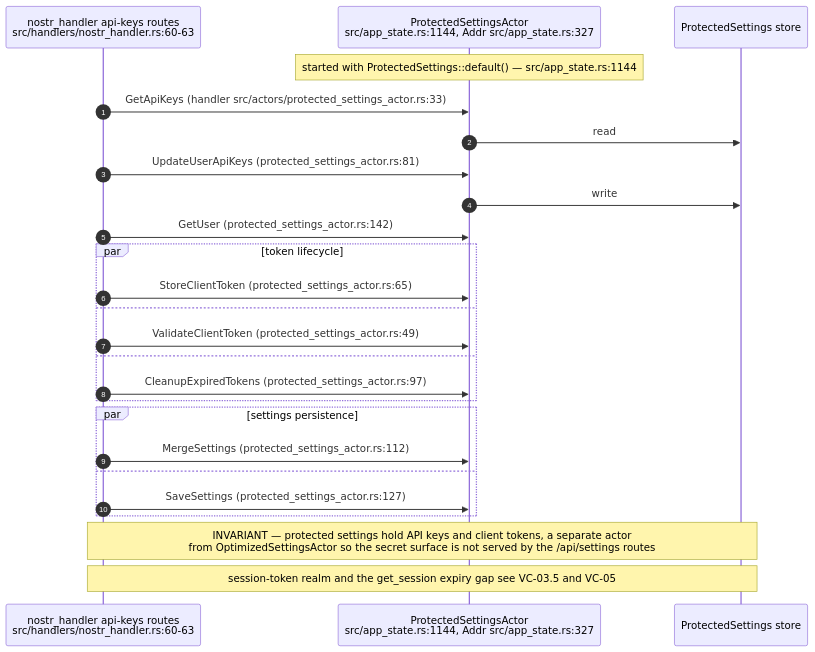
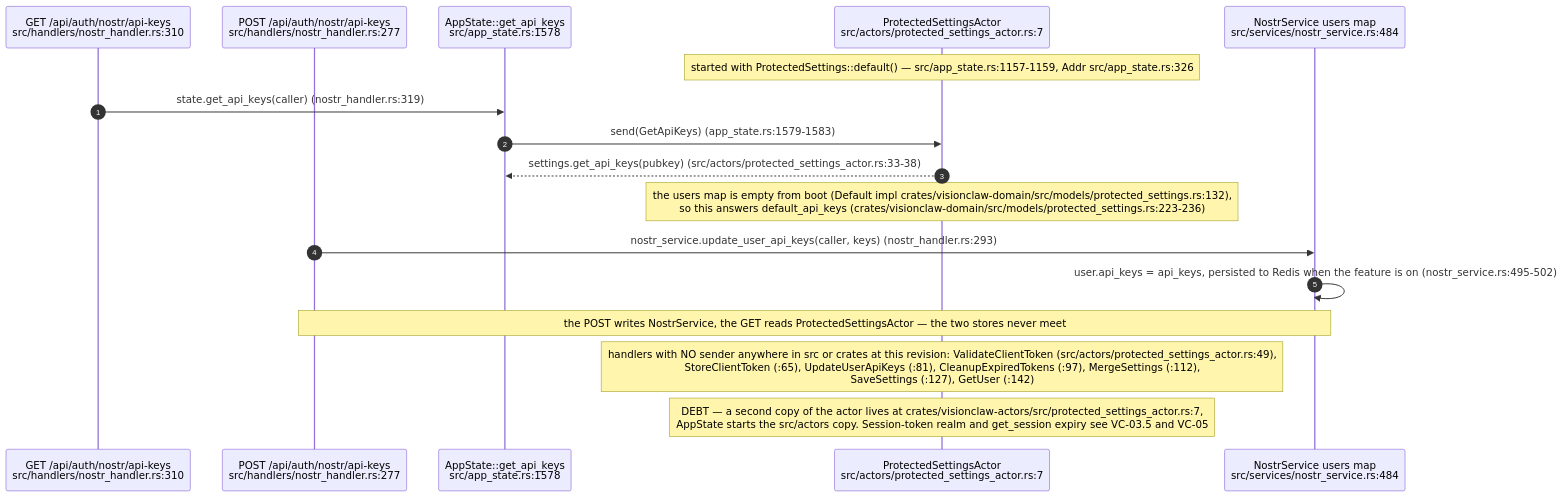
One commit to DreamLab-AI/VisionFlow changed the fifth of 8 diagrams in docs/diagrams/visionclaw/06-settings-round-trip.md. Above: the diagram before and after it, drawn with Mermaid. The commit also changed other lines of this file and 173 other files, not shown here.

````diff
--- a/docs/diagrams/visionclaw/06-settings-round-trip.md
+++ b/docs/diagrams/visionclaw/06-settings-round-trip.md
@@ -178,28 +197,20 @@
 ```mermaid
 sequenceDiagram
     autonumber
-    participant H as nostr_handler api-keys routes<br/>src/handlers/nostr_handler.rs:60-63
-    participant PS as ProtectedSettingsActor<br/>src/app_state.rs:1144, Addr src/app_state.rs:327
-    participant ST as ProtectedSettings store
+    participant HG as GET /api/auth/nostr/api-keys<br/>src/handlers/nostr_handler.rs:310
+    participant HP as POST /api/auth/nostr/api-keys<br/>src/handlers/nostr_handler.rs:277
+    participant AS as AppState::get_api_keys<br/>src/app_state.rs:1578
+    participant PS as ProtectedSettingsActor<br/>src/actors/protected_settings_actor.rs:7
+    participant NS as NostrService users map<br/>src/services/nostr_service.rs:484
 
-    Note over PS: started with ProtectedSettings::default() — src/app_state.rs:1144
-    H->>PS: GetApiKeys (handler src/actors/protected_settings_actor.rs:33)
-    PS->>ST: read
-    H->>PS: UpdateUserApiKeys (protected_settings_actor.rs:81)
-    PS->>ST: write
-    H->>PS: GetUser (protected_settings_actor.rs:142)
-    par token lifecycle
-        H->>PS: StoreClientToken (protected_settings_actor.rs:65)
-    and
-        H->>PS: ValidateClientToken (protected_settings_actor.rs:49)
-    and
-        H->>PS: CleanupExpiredTokens (protected_settings_actor.rs:97)
-    end
-    par settings persistence
-        H->>PS: MergeSettings (protected_settings_actor.rs:112)
-    and
-        H->>PS: SaveSettings (protected_settings_actor.rs:127)
-    end
-    Note over H,ST: INVARIANT — protected settings hold API keys and client tokens, a separate actor<br/>from OptimizedSettingsActor so the secret surface is not served by the /api/settings routes
-    Note over H,ST: session-token realm and the get_session expiry gap see VC-03.5 and VC-05
+    Note over PS: started with ProtectedSettings::default() — src/app_state.rs:1157-1159, Addr src/app_state.rs:326
+    HG->>AS: state.get_api_keys(caller) (nostr_handler.rs:319)
+    AS->>PS: send(GetApiKeys) (app_state.rs:1579-1583)
+    PS-->>AS: settings.get_api_keys(pubkey) (src/actors/protected_settings_actor.rs:33-38)
+    Note over PS: the users map is empty from boot (Default impl crates/visionclaw-domain/src/models/protected_settings.rs:132),<br/>so this answers default_api_keys (crates/visionclaw-domain/src/models/protected_settings.rs:223-236)
+    HP->>NS: nostr_service.update_user_api_keys(caller, keys) (nostr_handler.rs:293)
+    NS->>NS: user.api_keys = api_keys, persisted to Redis when the feature is on (nostr_service.rs:495-502)
+    Note over HP,NS: the POST writes NostrService, the GET reads ProtectedSettingsActor — the two stores never meet
+    Note over PS: handlers with NO sender anywhere in src or crates at this revision: ValidateClientToken (src/actors/protected_settings_actor.rs:49),<br/>StoreClientToken (:65), UpdateUserApiKeys (:81), CleanupExpiredTokens (:97), MergeSettings (:112),<br/>SaveSettings (:127), GetUser (:142)
+    Note over PS: DEBT — a second copy of the actor lives at crates/visionclaw-actors/src/protected_settings_actor.rs:7,<br/>AppState starts the src/actors copy. Session-token realm and get_session expiry see VC-03.5 and VC-05
 ```
````
